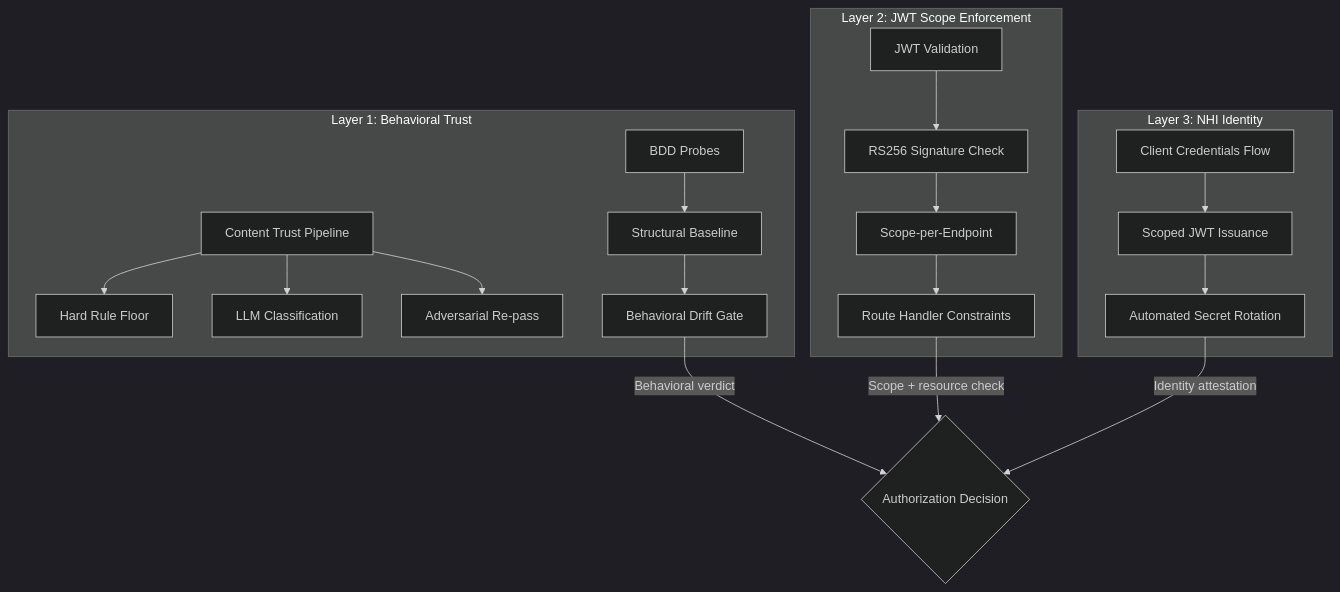
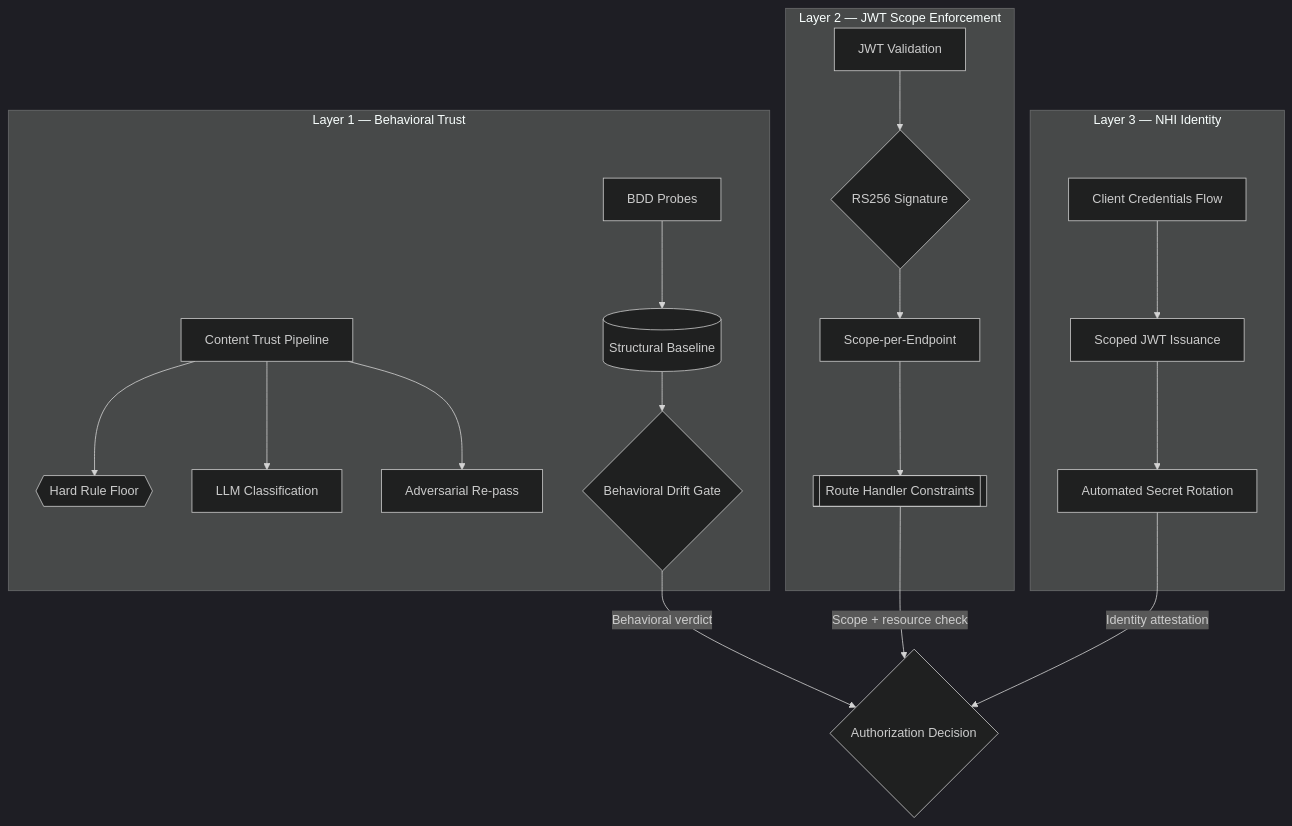
The first of 4 diagrams in src/content/research/dira-framework.mdx (CyberdaemonAI/cyberdaemon-site), drawn with Mermaid (dark theme) before and after one commit. The commit also changed other lines of this file and 23 other files, not shown here.

First line of the commit message:
style(diagrams): retrofit all mermaid diagrams to flowchart syntax site-wide

````diff
--- a/src/content/research/dira-framework.mdx
+++ b/src/content/research/dira-framework.mdx
@@ -187,25 +187,25 @@
 ```mermaid
-graph TB
-    subgraph "Layer 1: Behavioral Trust"
-        A[Content Trust Pipeline] --> B[Hard Rule Floor]
+flowchart TB
+    subgraph L1["Layer 1 — Behavioral Trust"]
+        A[Content Trust Pipeline] --> B{{Hard Rule Floor}}
         A --> C[LLM Classification]
         A --> D[Adversarial Re-pass]
-        E[BDD Probes] --> F[Structural Baseline]
-        F --> G[Behavioral Drift Gate]
+        E[BDD Probes] --> F[(Structural Baseline)]
+        F --> G{Behavioral Drift Gate}
     end
 
-    subgraph "Layer 2: JWT Scope Enforcement"
-        H[JWT Validation] --> I[RS256 Signature Check]
+    subgraph L2["Layer 2 — JWT Scope Enforcement"]
+        H[JWT Validation] --> I{RS256 Signature}
         I --> J[Scope-per-Endpoint]
-        J --> K[Route Handler Constraints]
+        J --> K[[Route Handler Constraints]]
     end
 
-    subgraph "Layer 3: NHI Identity"
+    subgraph L3["Layer 3 — NHI Identity"]
         L[Client Credentials Flow] --> M[Scoped JWT Issuance]
         M --> N[Automated Secret Rotation]
     end
 
-    G --> |"Behavioral verdict"| O{Authorization Decision}
-    K --> |"Scope + resource check"| O
-    N --> |"Identity attestation"| O
+    G -->|"Behavioral verdict"| O{Authorization Decision}
+    K -->|"Scope + resource check"| O
+    N -->|"Identity attestation"| O
 ```
````
